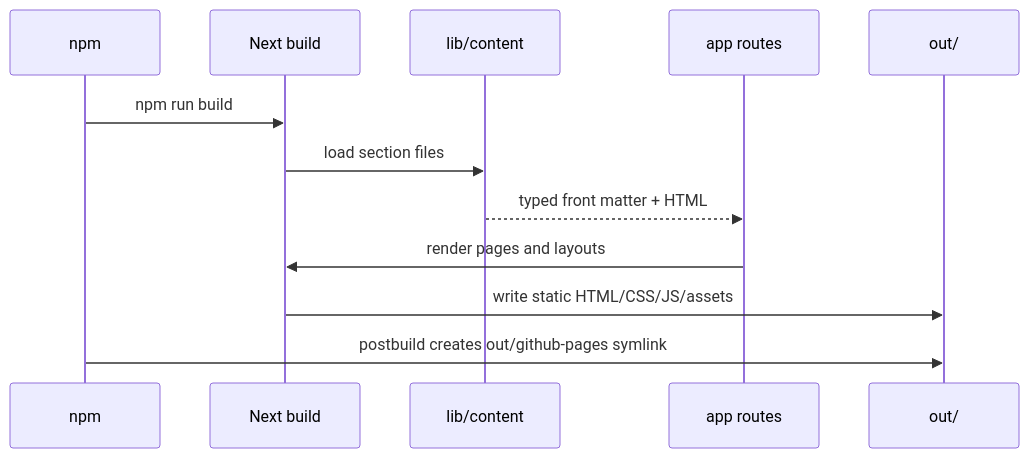
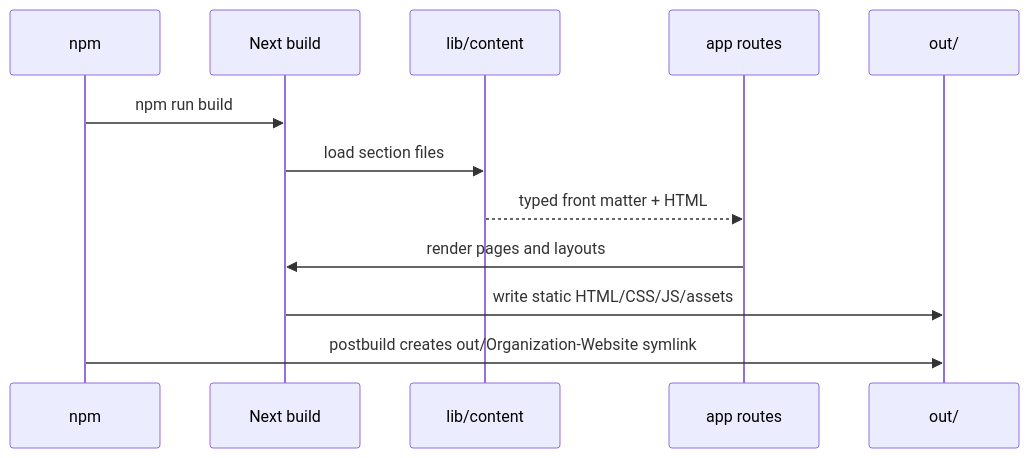
Before and after one commit to Hyperion-Corporation/Organization-Website: the second of 8 diagrams in docs/ARCHITECTURE.md, drawn with Mermaid. The commit also changed other lines of this file and 35 other files, not shown here.

````diff
--- a/docs/ARCHITECTURE.md
+++ b/docs/ARCHITECTURE.md
@@ -67,14 +67,14 @@
 ```mermaid
 sequenceDiagram
   participant N as npm
   participant Next as Next build
   participant L as lib/content
   participant A as app routes
   participant O as out/
   N->>Next: npm run build
   Next->>L: load section files
   L-->>A: typed front matter + HTML
   A->>Next: render pages and layouts
   Next->>O: write static HTML/CSS/JS/assets
-  N->>O: postbuild creates out/github-pages symlink
+  N->>O: postbuild creates out/Organization-Website symlink
 ```
````
